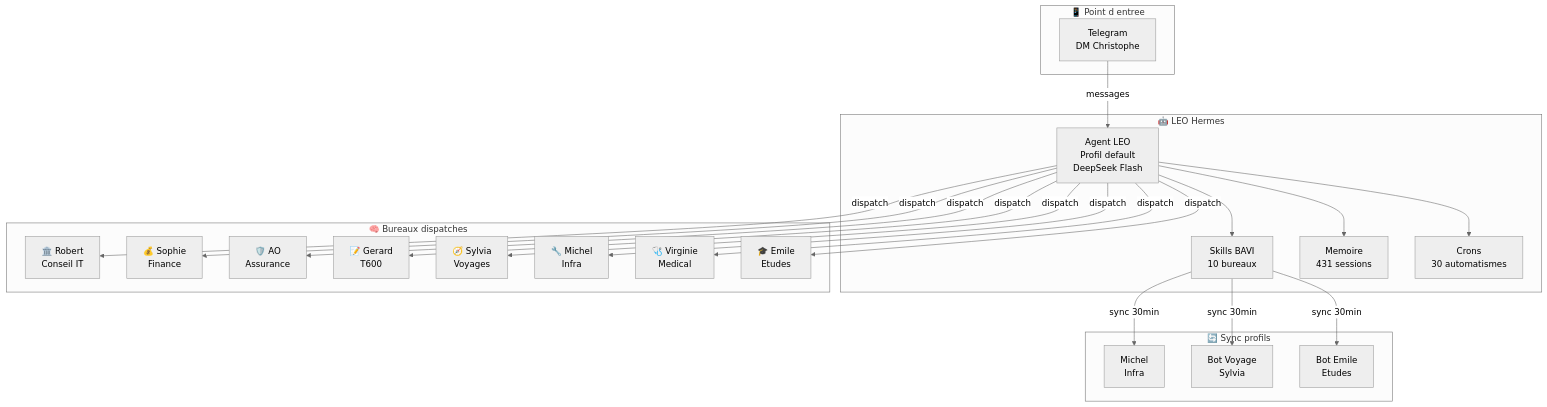
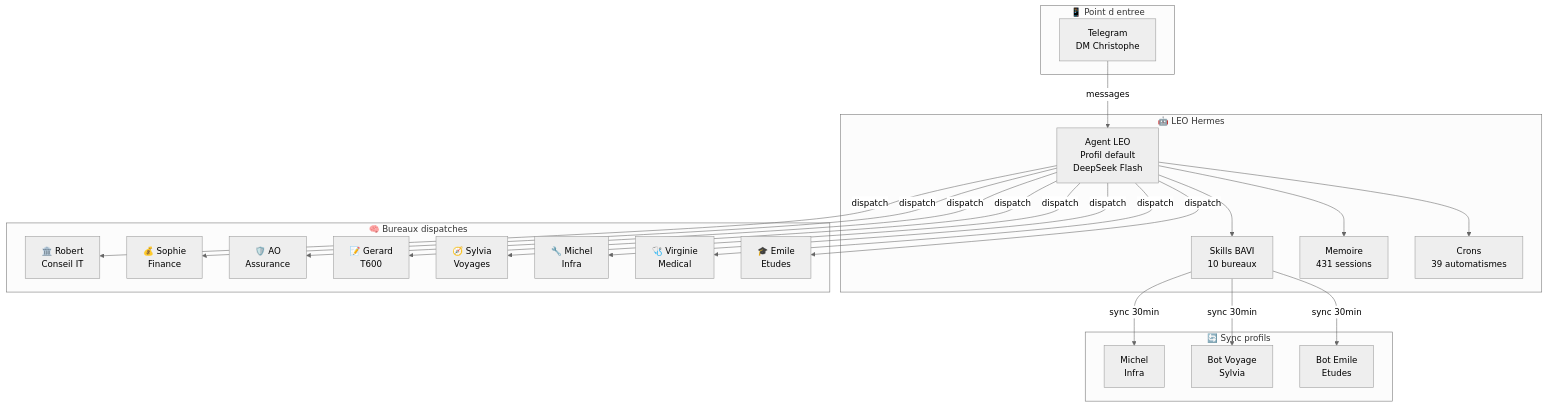
One commit to christophedanhier-hash/BAVI_LEO changed the first of 7 diagrams in docs/wiki/agent-pro/bureau-leo/archive/analyse-bot-leo-hub.md. Above: the diagram before and after it, drawn with Mermaid (neutral theme). The commit also changed other lines of this file and 116 other files, not shown here.

````diff
--- a/docs/wiki/agent-pro/bureau-leo/archive/analyse-bot-leo-hub.md
+++ b/docs/wiki/agent-pro/bureau-leo/archive/analyse-bot-leo-hub.md
@@ -65,47 +67,47 @@
 ```mermaid
 graph TB
     subgraph "📱 Point d entree"
         TG[Telegram<br/>DM Christophe]
     end
 
     subgraph "🤖 LEO Hermes"
         L[Agent LEO<br/>Profil default<br/>DeepSeek Flash]
         SK[Skills BAVI<br/>10 bureaux]
         MB[Memoire<br/>431 sessions]
-        CR[Crons<br/>30 automatismes]
+        CR[Crons<br/>39 automatismes]
     end
 
     subgraph "🧠 Bureaux dispatches"
         R[🏛️ Robert<br/>Conseil IT]
         S[💰 Sophie<br/>Finance]
         AO[🛡️ AO<br/>Assurance]
         G[📝 Gerard<br/>T600]
         SY[🧭 Sylvia<br/>Voyages]
         M[🔧 Michel<br/>Infra]
         V[🩺 Virginie<br/>Medical]
         E[🎓 Emile<br/>Etudes]
     end
 
     subgraph "🔄 Sync profils"
         LC[Michel<br/>Infra]
         BV[Bot Voyage<br/>Sylvia]
         BE[Bot Emile<br/>Etudes]
     end
 
     TG -->|messages| L
     L -->|dispatch| R
     L -->|dispatch| S
     L -->|dispatch| AO
     L -->|dispatch| G
     L -->|dispatch| SY
     L -->|dispatch| M
     L -->|dispatch| V
     L -->|dispatch| E
     L --> SK
     L --> MB
     L --> CR
     
     SK -->|sync 30min| LC
     SK -->|sync 30min| BV
     SK -->|sync 30min| BE
 ```
````
